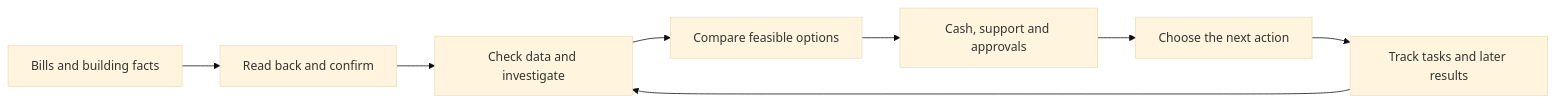
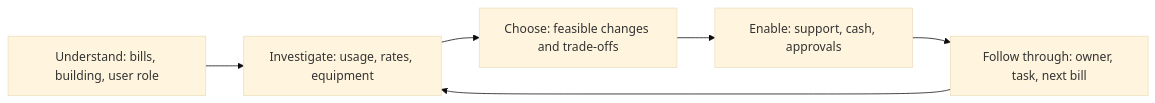
One commit to Fredess74/benji changed the first of 2 diagrams in README.md. Above: the diagram before and after it, drawn with Mermaid (base theme). The commit also changed other lines of this file and 34 other files, not shown here.

````diff
--- a/README.md
+++ b/README.md
@@ -40,10 +47,8 @@
 ```mermaid
 flowchart LR
-    A["Bills and building facts"] --> B["Read back and confirm"]
-    B --> C["Check data and investigate"]
-    C --> D["Compare feasible options"]
-    D --> E["Cash, support and approvals"]
-    E --> F["Choose the next action"]
-    F --> G["Track tasks and later results"]
-    G --> C
+    A["Understand: bills, building, user role"] --> B["Investigate: usage, rates, equipment"]
+    B --> C["Choose: feasible changes and trade-offs"]
+    C --> D["Enable: support, cash, approvals"]
+    D --> E["Follow through: owner, task, next bill"]
+    E --> B
 ```
````
